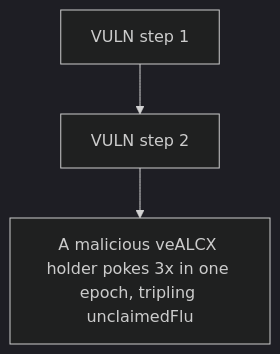
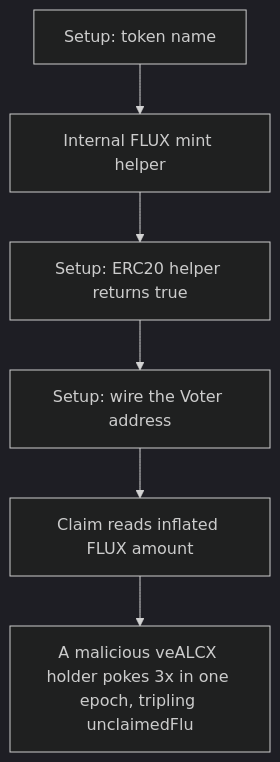
The diagram in 38196-malicious-user-can-steal-flux-token-by-abusing-voterpoke-imm_exp/38196-malicious-user-can-steal-flux-token-by-abusing-voterpoke-imm_exp.md (sanbir/evm-hack-registry), drawn with Mermaid (dark theme) before and after one commit. The commit also changed other lines of this file and 79 other files, not shown here.

````diff
--- a/38196-malicious-user-can-steal-flux-token-by-abusing-voterpoke-imm_exp/38196-malicious-user-can-steal-flux-token-by-abusing-voterpoke-imm_exp.md
+++ b/38196-malicious-user-can-steal-flux-token-by-abusing-voterpoke-imm_exp/38196-malicious-user-can-steal-flux-token-by-abusing-voterpoke-imm_exp.md
@@ -28,8 +28,14 @@
 ```mermaid
 flowchart TD
-  S0["VULN step 1"]
-  S1["VULN step 2"]
+  S0["Setup: token name"]
+  S1["Internal FLUX mint helper"]
+  S2["Setup: ERC20 helper returns true"]
+  S3["Setup: wire the Voter address"]
+  S4["Claim reads inflated FLUX amount"]
   H["A malicious veALCX holder pokes 3x in one epoch, tripling unclaimedFlu"]
   S0 --> S1
-  S1 --> H
+  S1 --> S2
+  S2 --> S3
+  S3 --> S4
+  S4 --> H
 ```
````
